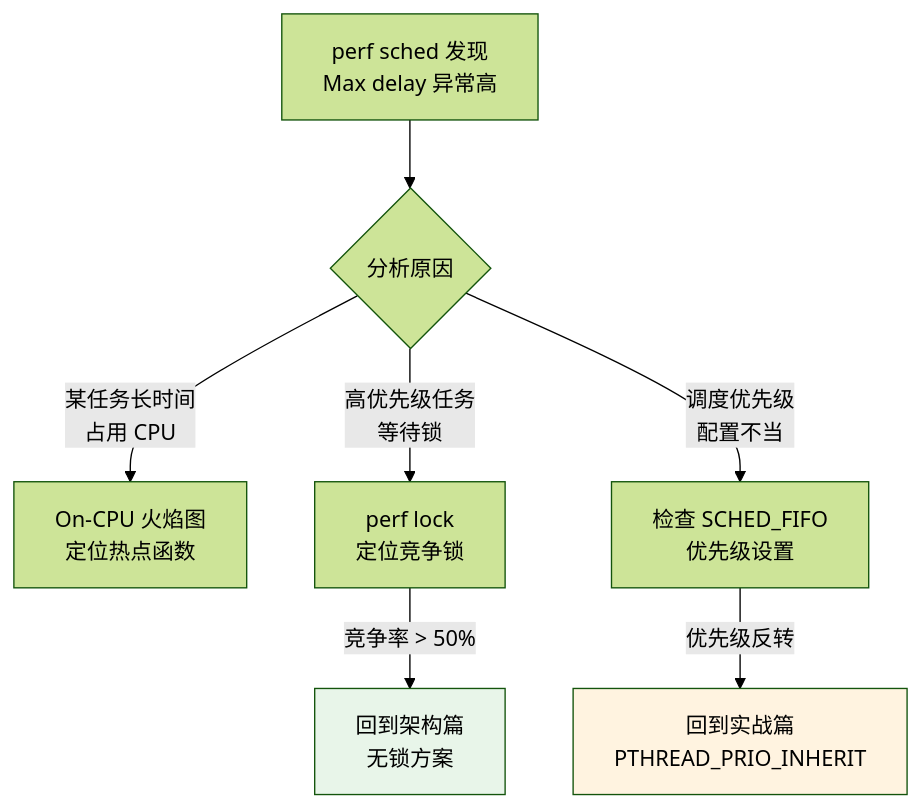
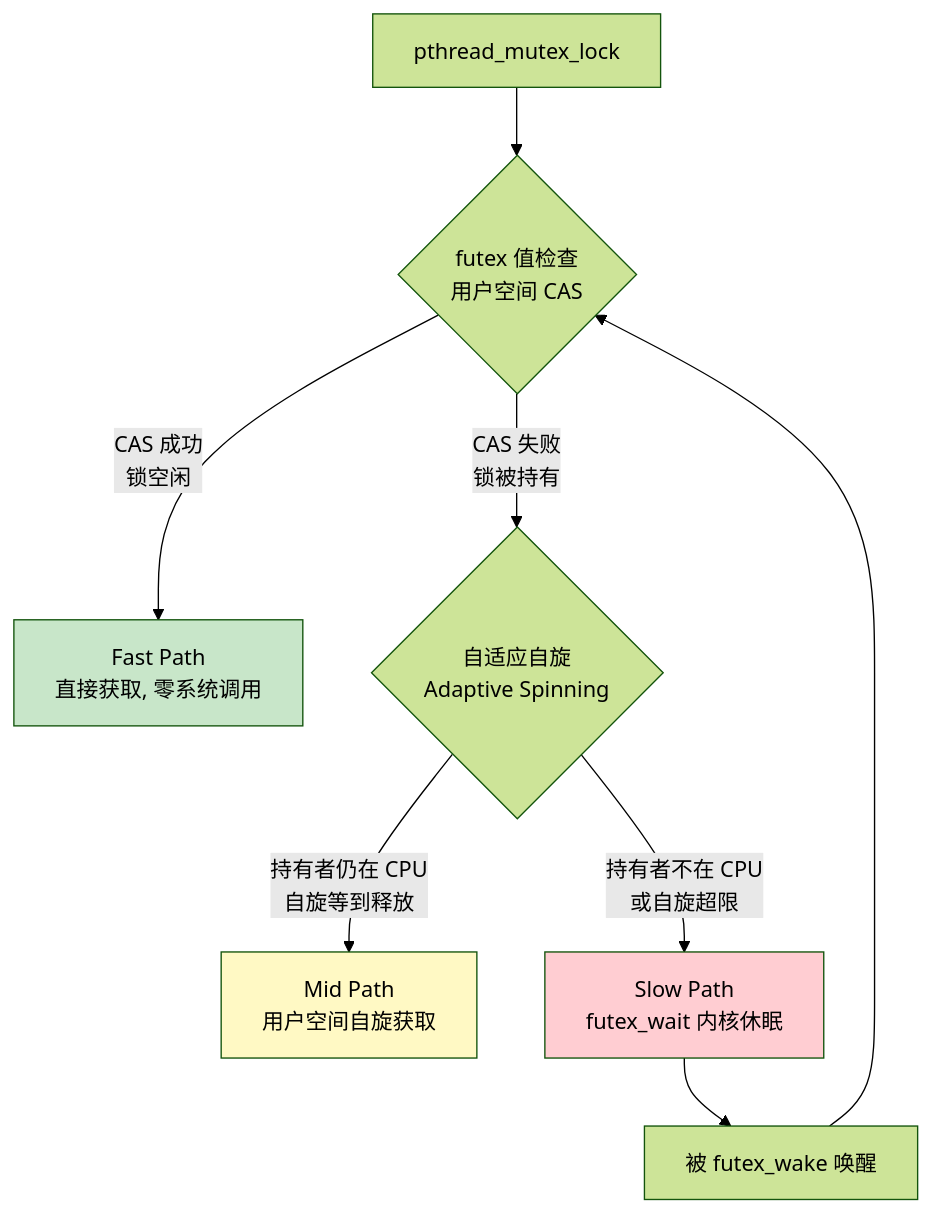
Before and after one commit to DeguiLiu/tech-notes: the first of 2 diagrams in content/posts/blog/perf_lock_contention_diagnosis.md, drawn with Mermaid (forest theme). The commit also changed other lines of this file, not shown here.

Commit message:
docs: rewrite perf lock article with focused lock contention theme

````diff
--- a/content/posts/blog/perf_lock_contention_diagnosis.md
+++ b/content/posts/blog/perf_lock_contention_diagnosis.md
@@ -539,12 +43,14 @@
 ```mermaid
 graph TD
-    A[perf sched 发现<br/>Max delay 异常高] --> B{分析原因}
-    B -->|某任务长时间<br/>占用 CPU| C[On-CPU 火焰图<br/>定位热点函数]
-    B -->|高优先级任务<br/>等待锁| D[perf lock<br/>定位竞争锁]
-    B -->|调度优先级<br/>配置不当| E[检查 SCHED_FIFO<br/>优先级设置]
-    D -->|竞争率 > 50%| F[回到架构篇<br/>无锁方案]
-    E -->|优先级反转| G[回到实战篇<br/>PTHREAD_PRIO_INHERIT]
+    A[pthread_mutex_lock] --> B{futex 值检查<br/>用户空间 CAS}
+    B -->|CAS 成功<br/>锁空闲| C[Fast Path<br/>直接获取, 零系统调用]
+    B -->|CAS 失败<br/>锁被持有| D{自适应自旋<br/>Adaptive Spinning}
+    D -->|持有者仍在 CPU<br/>自旋等到释放| E[Mid Path<br/>用户空间自旋获取]
+    D -->|持有者不在 CPU<br/>或自旋超限| F[Slow Path<br/>futex_wait 内核休眠]
+    F --> G[被 futex_wake 唤醒]
+    G --> B
 
-    style F fill:#e8f5e9
-    style G fill:#fff3e0
+    style C fill:#c8e6c9
+    style E fill:#fff9c4
+    style F fill:#ffcdd2
 ```
````
